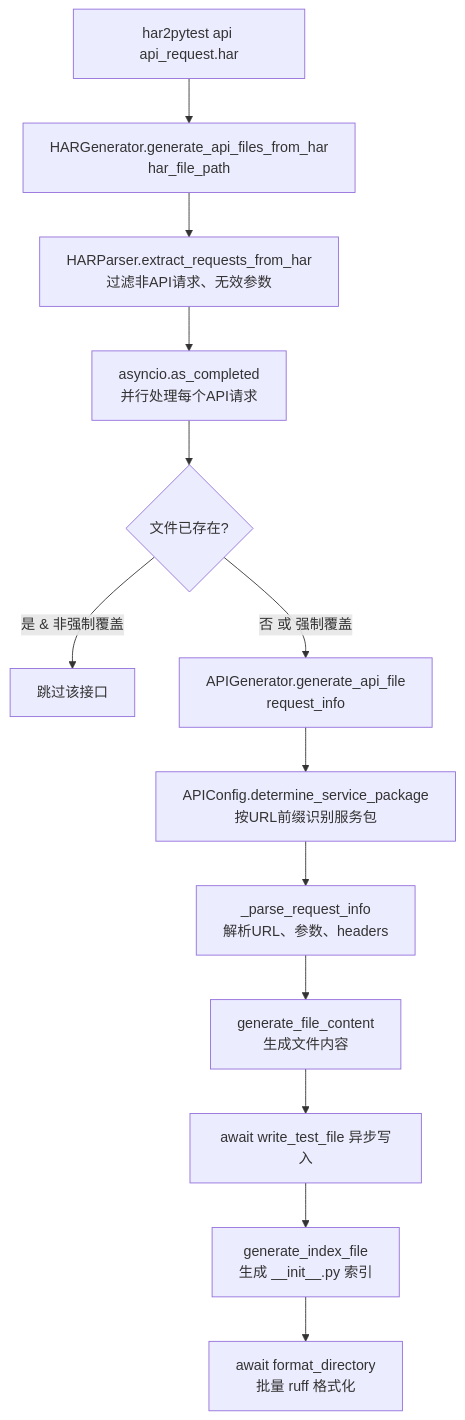
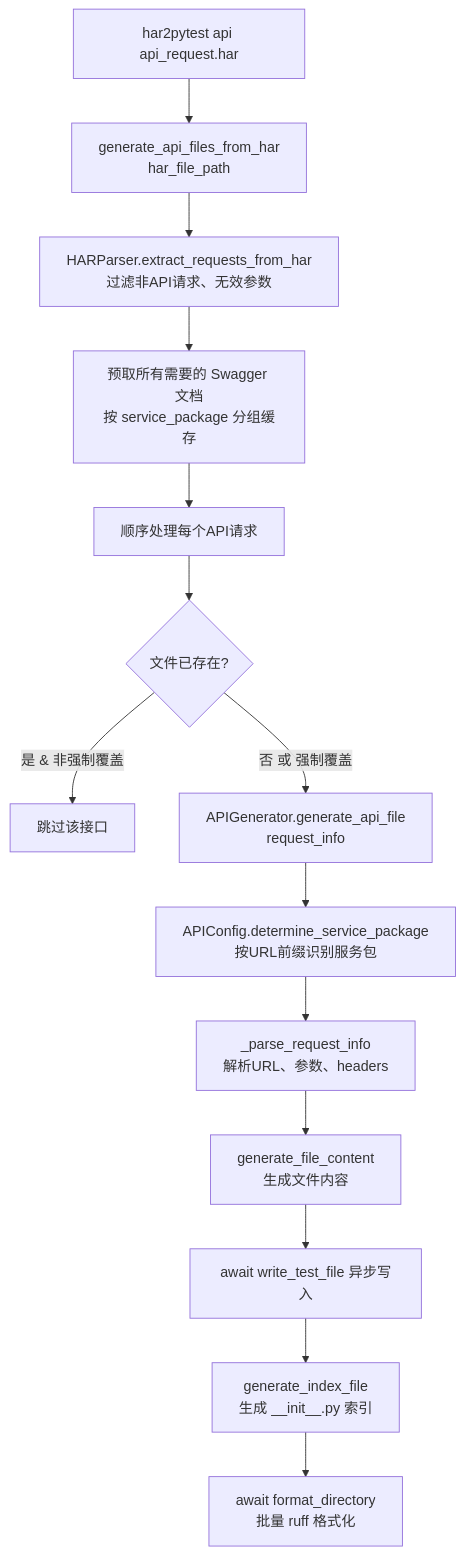
The first of 2 diagrams in docs/api_file_generation.md (hewei198711/har2pytest), drawn with Mermaid before and after one commit. The commit also changed other lines of this file and 27 other files, not shown here.

````diff
--- a/docs/api_file_generation.md
+++ b/docs/api_file_generation.md
@@ -22,15 +22,16 @@
 ```mermaid
 flowchart TD
-    A[har2pytest api api_request.har] --> B[HARGenerator.generate_api_files_from_har<br/>har_file_path]
+    A[har2pytest api api_request.har] --> B[generate_api_files_from_har<br/>har_file_path]
     B --> C[HARParser.extract_requests_from_har<br/>过滤非API请求、无效参数]
-    C --> D[asyncio.as_completed<br/>并行处理每个API请求]
+    C --> D0[预取所有需要的 Swagger 文档<br/>按 service_package 分组缓存]
+    D0 --> D[顺序处理每个API请求]
     D --> E{文件已存在?}
     E -->|是 & 非强制覆盖| F[跳过该接口]
     E -->|否 或 强制覆盖| G[APIGenerator.generate_api_file<br/>request_info]
     G --> H[APIConfig.determine_service_package<br/>按URL前缀识别服务包]
     H --> I[_parse_request_info<br/>解析URL、参数、headers]
     I --> J[generate_file_content<br/>生成文件内容]
     J --> K[await write_test_file 异步写入]
     K --> L[generate_index_file<br/>生成 __init__.py 索引]
     L --> M[await format_directory<br/>批量 ruff 格式化]
 ```
````
